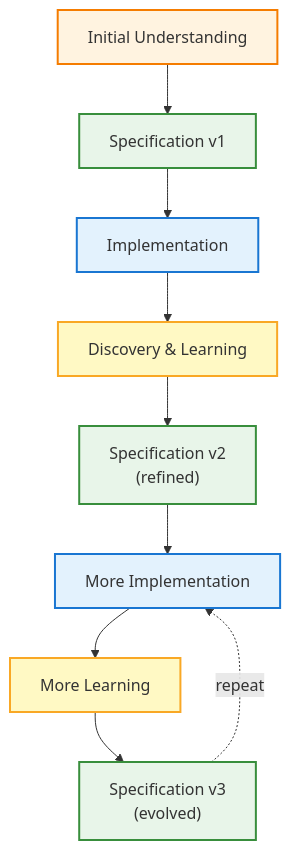
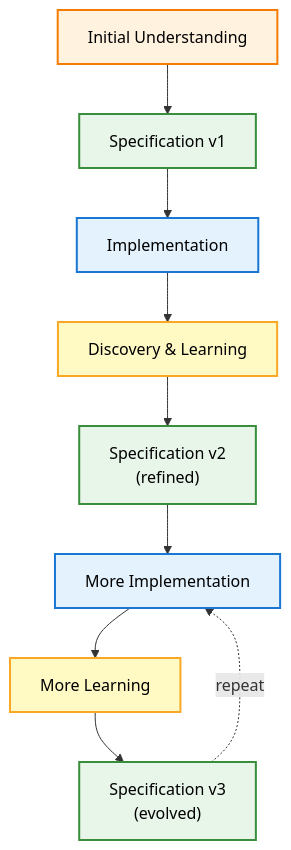
One commit to ready-to-release/eac changed the second of 2 diagrams in docs/explanation/specifications/working-with-specifications.md. Above: the diagram before and after it, drawn with Mermaid. The commit also changed other lines of this file and 49 other files, not shown here.

````diff
--- a/docs/explanation/specifications/working-with-specifications.md
+++ b/docs/explanation/specifications/working-with-specifications.md
@@ -440,20 +419,20 @@
 ```mermaid
 flowchart TD
     Initial["Initial Understanding"] --> SpecV1["Specification v1"]
     SpecV1 --> Impl1["Implementation"]
     Impl1 --> Learn1["Discovery & Learning"]
     Learn1 --> SpecV2["Specification v2<br/>(refined)"]
     SpecV2 --> Impl2["More Implementation"]
     Impl2 --> Learn2["More Learning"]
     Learn2 --> SpecV3["Specification v3<br/>(evolved)"]
     SpecV3 -.repeat.-> Impl2
 
-    style Initial fill:#fff3e0,stroke:#f57c00,stroke-width:2px
-    style SpecV1 fill:#e8f5e9,stroke:#388e3c,stroke-width:2px
-    style SpecV2 fill:#e8f5e9,stroke:#388e3c,stroke-width:2px
-    style SpecV3 fill:#e8f5e9,stroke:#388e3c,stroke-width:2px
-    style Impl1 fill:#e3f2fd,stroke:#1976d2,stroke-width:2px
-    style Impl2 fill:#e3f2fd,stroke:#1976d2,stroke-width:2px
-    style Learn1 fill:#fff9c4,stroke:#f9a825,stroke-width:2px
-    style Learn2 fill:#fff9c4,stroke:#f9a825,stroke-width:2px
+    style Initial fill:#fff3e0,stroke:#f57c00,stroke-width:2px,color:#000
+    style SpecV1 fill:#e8f5e9,stroke:#388e3c,stroke-width:2px,color:#000
+    style SpecV2 fill:#e8f5e9,stroke:#388e3c,stroke-width:2px,color:#000
+    style SpecV3 fill:#e8f5e9,stroke:#388e3c,stroke-width:2px,color:#000
+    style Impl1 fill:#e3f2fd,stroke:#1976d2,stroke-width:2px,color:#000
+    style Impl2 fill:#e3f2fd,stroke:#1976d2,stroke-width:2px,color:#000
+    style Learn1 fill:#fff9c4,stroke:#f9a825,stroke-width:2px,color:#000
+    style Learn2 fill:#fff9c4,stroke:#f9a825,stroke-width:2px,color:#000
 ```
````
